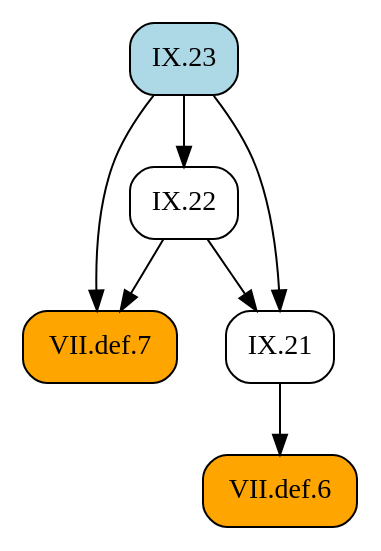
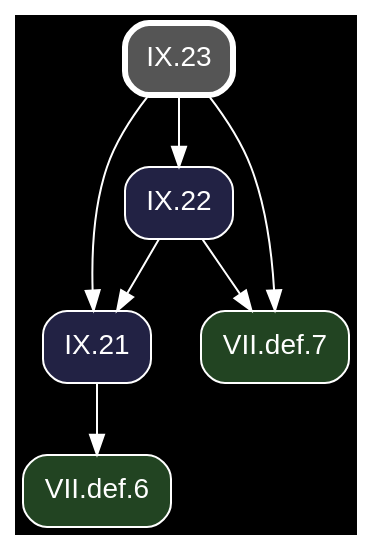
Before and after one commit to geometor/elements: the diagram in docsrc/heath/IX/23/index.rst, drawn with Graphviz. The commit also changed other lines of this file and 1200 other files, not shown here.

Commit message:
update dependency graphs

```diff
--- a/docsrc/heath/IX/23/index.rst
+++ b/docsrc/heath/IX/23/index.rst
@@ -34,17 +34,19 @@
 .. graphviz::
 
    digraph {
+     bgcolor="black";
+     node [shape=box, style="rounded,filled", fontname="Helvetica", color="white", fontcolor="white"];
+     edge [color="white", fontcolor="white"];
      rankdir="TB";
-     node [shape=box, style=rounded];
-     "VII.def.6" [style="rounded,filled", fillcolor=orange, URL="/heath/VII/def.6/", target="_top"];
-     "IX.22" [URL="/heath/IX/22/", target="_top"];
-     "IX.23" [style="rounded,filled", fillcolor=lightblue, URL="/heath/IX/23/", target="_top"];
-     "VII.def.7" [style="rounded,filled", fillcolor=orange, URL="/heath/VII/def.7/", target="_top"];
-     "IX.21" [URL="/heath/IX/21/", target="_top"];
-     "IX.21" -> "VII.def.6";
-     "IX.23" -> "IX.22";
+     "IX.21" [fillcolor="#222244", URL="/heath/IX/21/", target="_top"];
+     "VII.def.7" [fillcolor="#224422", URL="/heath/VII/def.7/", target="_top"];
+     "IX.23" [penwidth=3, color="white", fillcolor="#555555", URL="/heath/IX/23/", target="_top"];
+     "IX.22" [fillcolor="#222244", URL="/heath/IX/22/", target="_top"];
+     "VII.def.6" [fillcolor="#224422", URL="/heath/VII/def.6/", target="_top"];
+     "IX.22" -> "IX.21";
+     "IX.23" -> "IX.21";
      "IX.22" -> "VII.def.7";
      "IX.23" -> "VII.def.7";
-     "IX.22" -> "IX.21";
-     "IX.23" -> "IX.21";
+     "IX.23" -> "IX.22";
+     "IX.21" -> "VII.def.6";
    }
```
